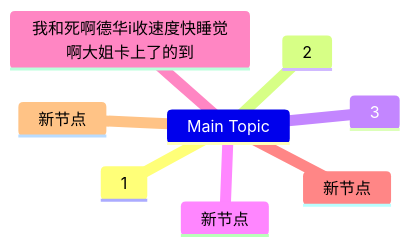
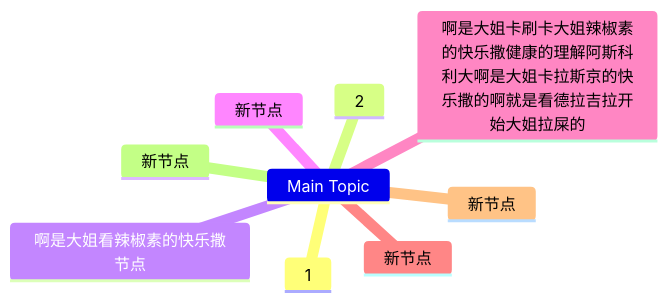
One commit to pingpm/mermaid_vault changed the diagram in mmd/123_fd577967-5106-494e-bdae-c0afb858c4be.mmd. Above: the diagram before and after it, drawn with Mermaid. The commit also changed 2 other files, not shown here.

Commit message:
Sync Mermaid Studio data (12 diagrams)

```diff
--- a/mmd/123_fd577967-5106-494e-bdae-c0afb858c4be.mmd
+++ b/mmd/123_fd577967-5106-494e-bdae-c0afb858c4be.mmd
@@ -1,9 +1,10 @@
 mindmap
   Main Topic
     1
     2
-    3
+    啊是大姐看辣椒素的快乐撒节点
     新节点
-    我和死啊德华i收速度快睡觉啊大姐卡上了的到
+    啊是大姐卡刷卡大姐辣椒素的快乐撒健康的理解阿斯科利大啊是大姐卡拉斯京的快乐撒的啊就是看德拉吉拉开始大姐拉屎的
     新节点
     新节点
+    新节点
```
